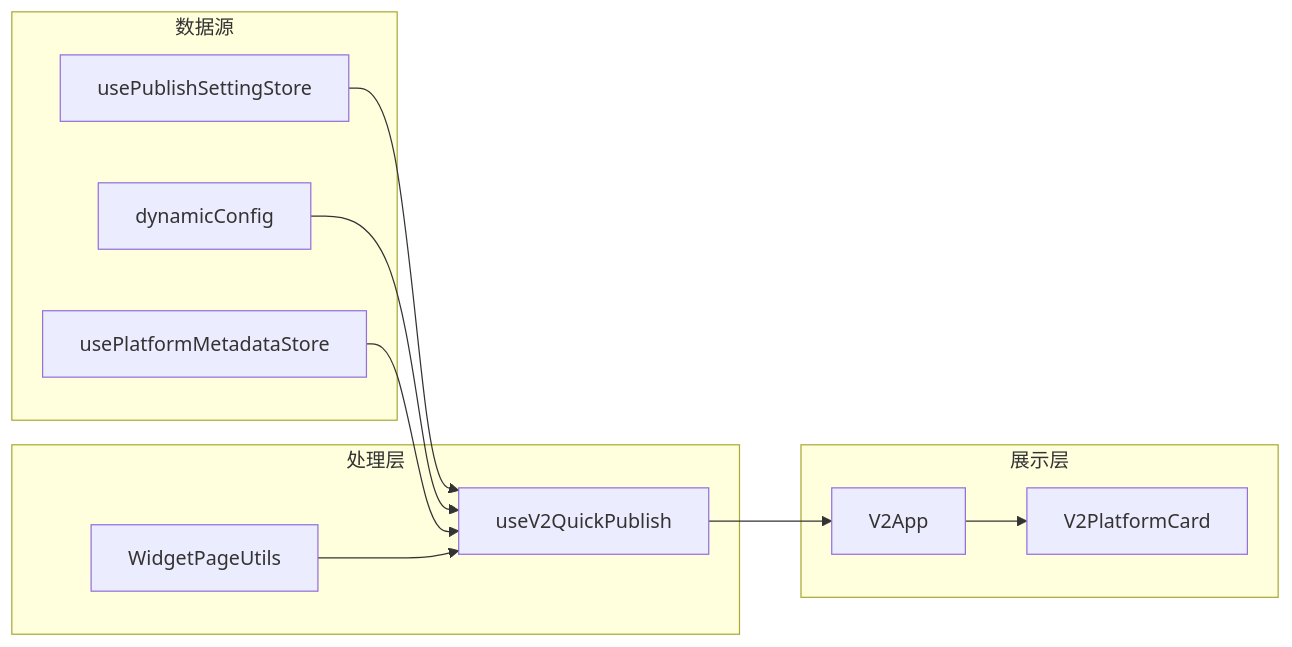
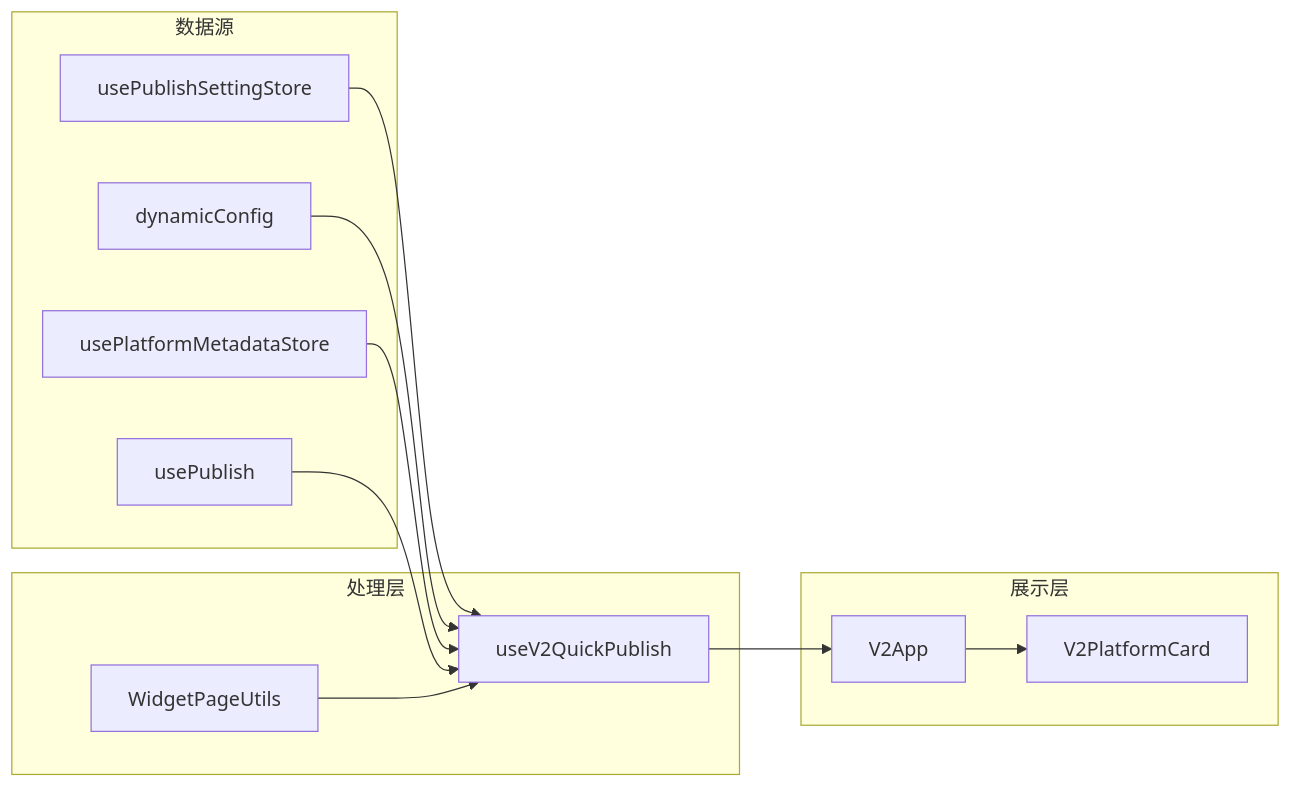
Before and after one commit to terwer/siyuan-plugin-publisher: diagram 12 of 12 in .qoder/repowiki/zh/content/用户界面组件/发布组件/V2 平台卡片组件.md, drawn with Mermaid. The commit also changed other lines of this file and 16 other files, not shown here.

````diff
--- a/.qoder/repowiki/zh/content/用户界面组件/发布组件/V2 平台卡片组件.md
+++ b/.qoder/repowiki/zh/content/用户界面组件/发布组件/V2 平台卡片组件.md
@@ -482,22 +582,24 @@
 ```mermaid
 flowchart LR
 subgraph "数据源"
 ConfigStore[usePublishSettingStore]
 DynamicConfig[dynamicConfig]
 PlatformMeta[usePlatformMetadataStore]
+PublishCore[usePublish]
 end
 subgraph "处理层"
 useV2QuickPublish[useV2QuickPublish]
 WidgetPageUtils[WidgetPageUtils]
 end
 subgraph "展示层"
 V2App[V2App]
 V2PlatformCard[V2PlatformCard]
 end
 ConfigStore --> useV2QuickPublish
 DynamicConfig --> useV2QuickPublish
 PlatformMeta --> useV2QuickPublish
+PublishCore --> useV2QuickPublish
 WidgetPageUtils --> useV2QuickPublish
 useV2QuickPublish --> V2App
 V2App --> V2PlatformCard
 ```
````
